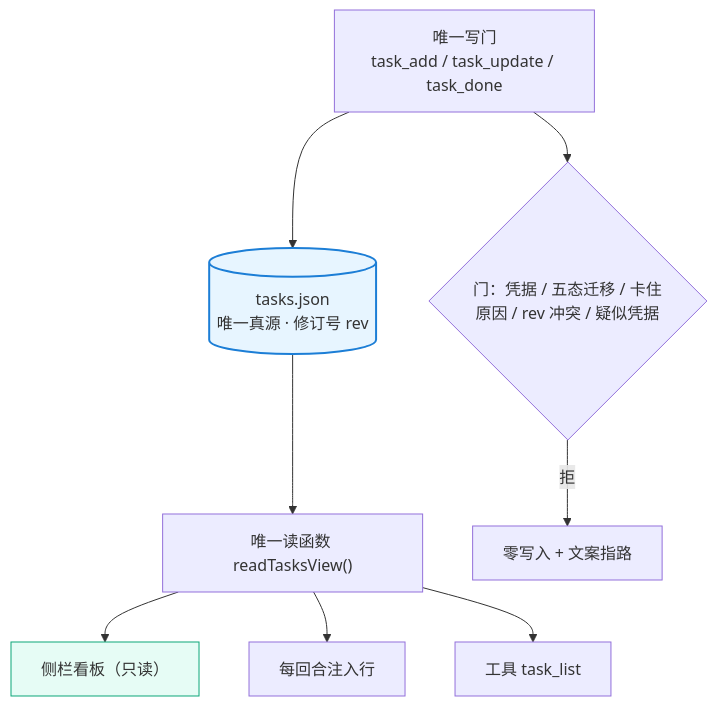
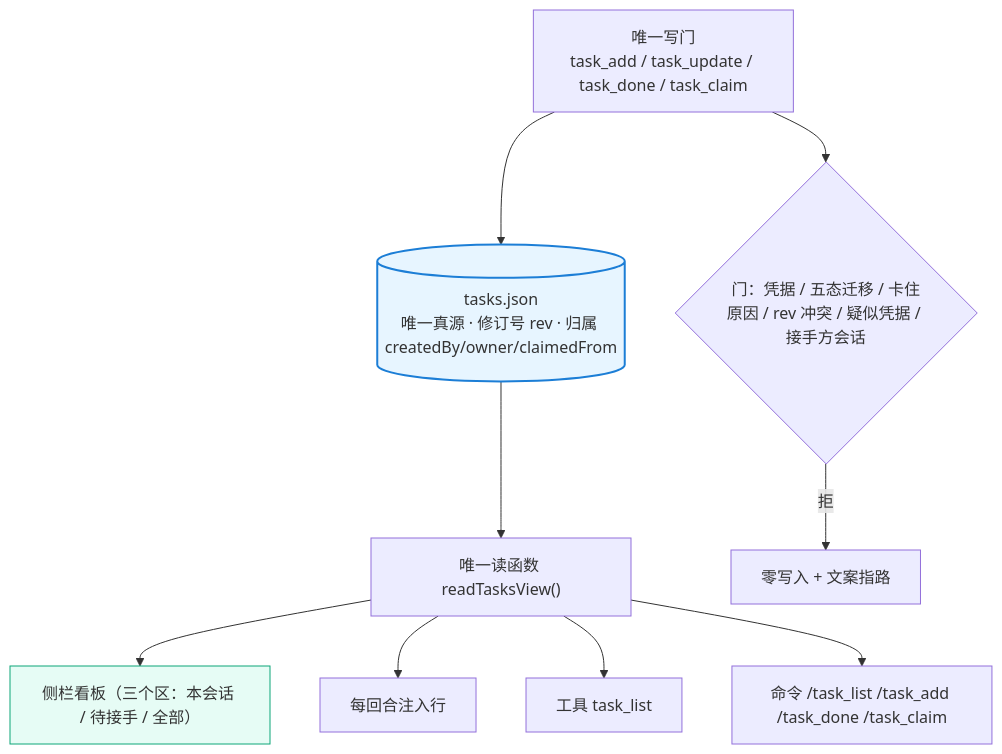
Before and after one commit to shenhuanageshei/dsh-thincoder-suite: the sixth of 7 diagrams in README.md, drawn with Mermaid. The commit also changed other lines of this file and 12 other files, not shown here.

````diff
--- a/README.md
+++ b/README.md
@@ -141,12 +141,13 @@
 ```mermaid
 flowchart TD
-  W["唯一写门<br/>task_add / task_update / task_done"] --> J[("tasks.json<br/>唯一真源 · 修订号 rev")]
+  W["唯一写门<br/>task_add / task_update / task_done / task_claim"] --> J[("tasks.json<br/>唯一真源 · 修订号 rev · 归属 createdBy/owner/claimedFrom")]
   J --> R["唯一读函数 readTasksView()"]
-  R --> B["侧栏看板（只读）"]
+  R --> B["侧栏看板（三个区：本会话 / 待接手 / 全部）"]
   R --> I["每回合注入行"]
   R --> T["工具 task_list"]
-  W --> G{"门：凭据 / 五态迁移 / 卡住原因 / rev 冲突 / 疑似凭据"}
+  R --> C["命令 /task_list /task_add /task_done /task_claim"]
+  W --> G{"门：凭据 / 五态迁移 / 卡住原因 / rev 冲突 / 疑似凭据 / 接手方会话"}
   G -->|拒| Z["零写入 + 文案指路"]
   style J fill:#e7f5ff,stroke:#1c7ed6,stroke-width:2px
   style B fill:#e6fcf5,stroke:#0ca678
 ```
````
